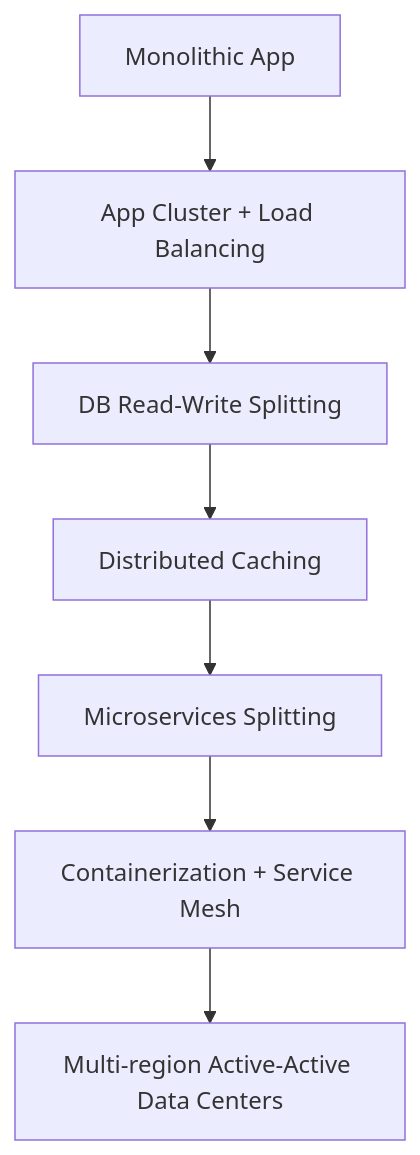
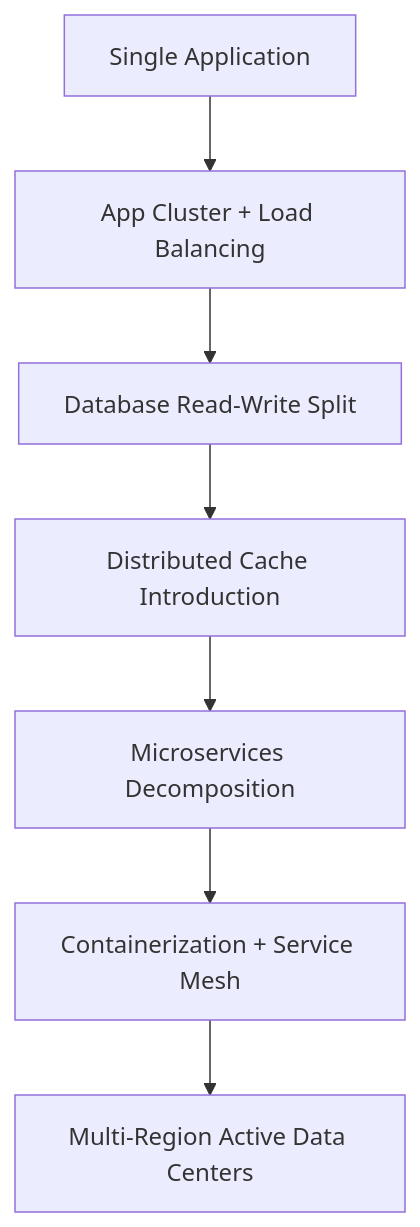
The first of 8 diagrams in articles/en/high-concurrency-system-architecture-guide.mdx (zhangshichuan/maxzhang.site), drawn with Mermaid before and after one commit. The commit also changed other lines of this file and 1 other file, not shown here.

Commit message:
docs:  重写 high-concurrency-system-architecture-guide

````diff
--- a/articles/en/high-concurrency-system-architecture-guide.mdx
+++ b/articles/en/high-concurrency-system-architecture-guide.mdx
@@ -47,9 +65,9 @@
 ```mermaid
 flowchart TD
-    A[Monolithic App] --> B[App Cluster + Load Balancing]
-    B --> C[DB Read-Write Splitting]
-    C --> D[Distributed Caching]
-    D --> E[Microservices Splitting]
+    A[Single Application] --> B[App Cluster + Load Balancing]
+    B --> C[Database Read-Write Split]
+    C --> D[Distributed Cache Introduction]
+    D --> E[Microservices Decomposition]
     E --> F[Containerization + Service Mesh]
-    F --> G[Multi-region Active-Active Data Centers]
+    F --> G[Multi-Region Active Data Centers]
 ```
````
